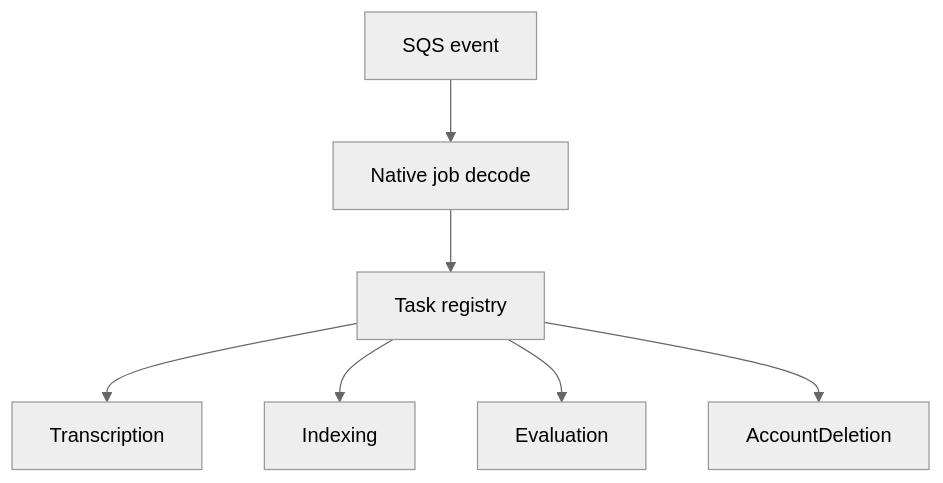
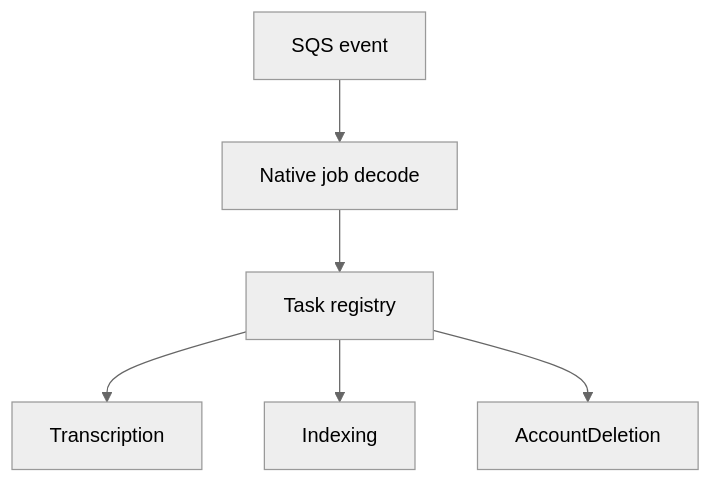
One commit to yukiharada1228/videoq changed the third of 3 diagrams in apps/docs/i18n/ja/docusaurus-plugin-content-docs/current/design/component-diagram.md. Above: the diagram before and after it, drawn with Mermaid (neutral theme). The commit also changed other lines of this file and 121 other files, not shown here.

````diff
--- a/apps/docs/i18n/ja/docusaurus-plugin-content-docs/current/design/component-diagram.md
+++ b/apps/docs/i18n/ja/docusaurus-plugin-content-docs/current/design/component-diagram.md
@@ -57,9 +57,8 @@
 ```mermaid
 flowchart TD
     Event[SQS event] --> Decode[Native job decode]
     Decode --> Registry[Task registry]
     Registry --> Transcription
     Registry --> Indexing
-    Registry --> Evaluation
     Registry --> AccountDeletion
 ```
````
